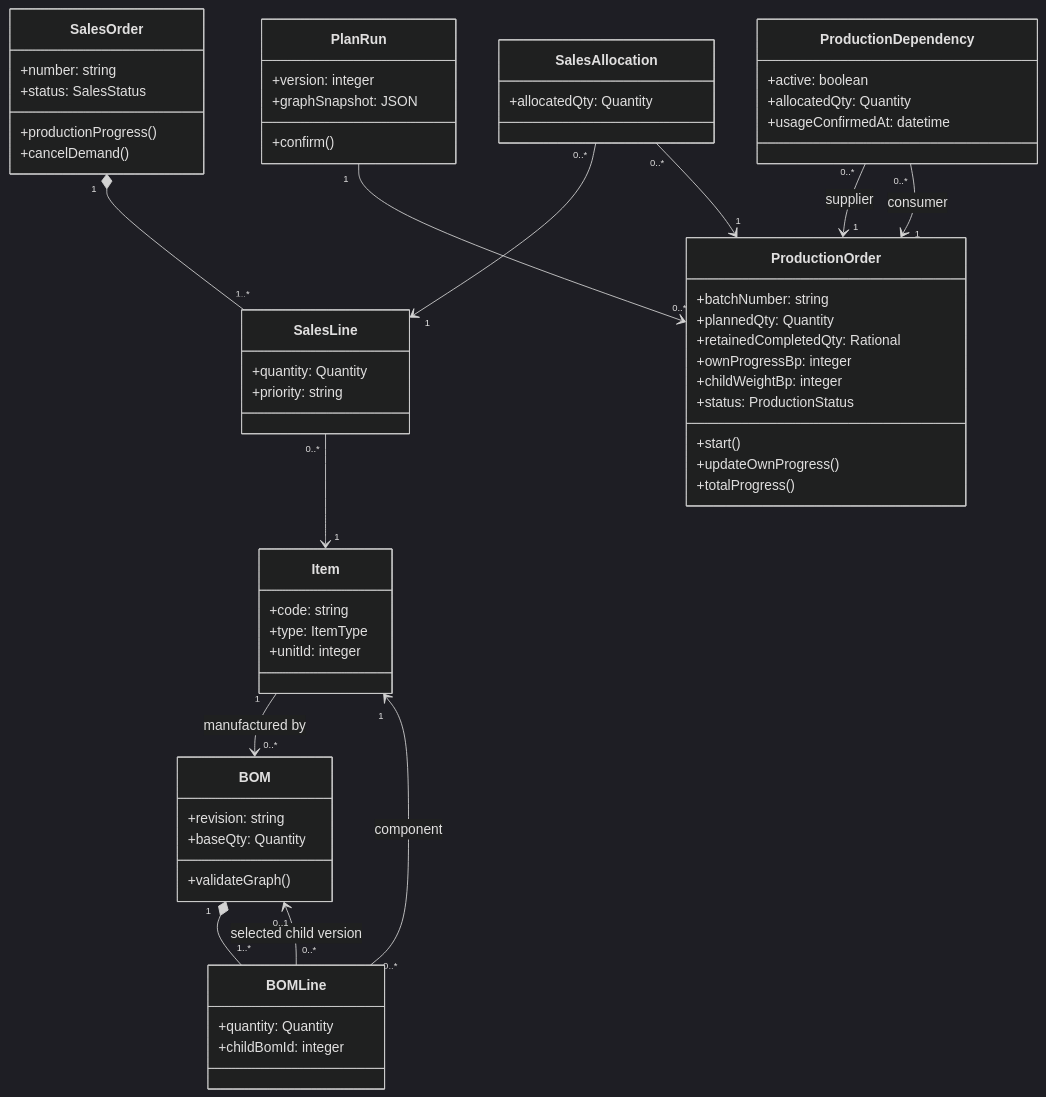
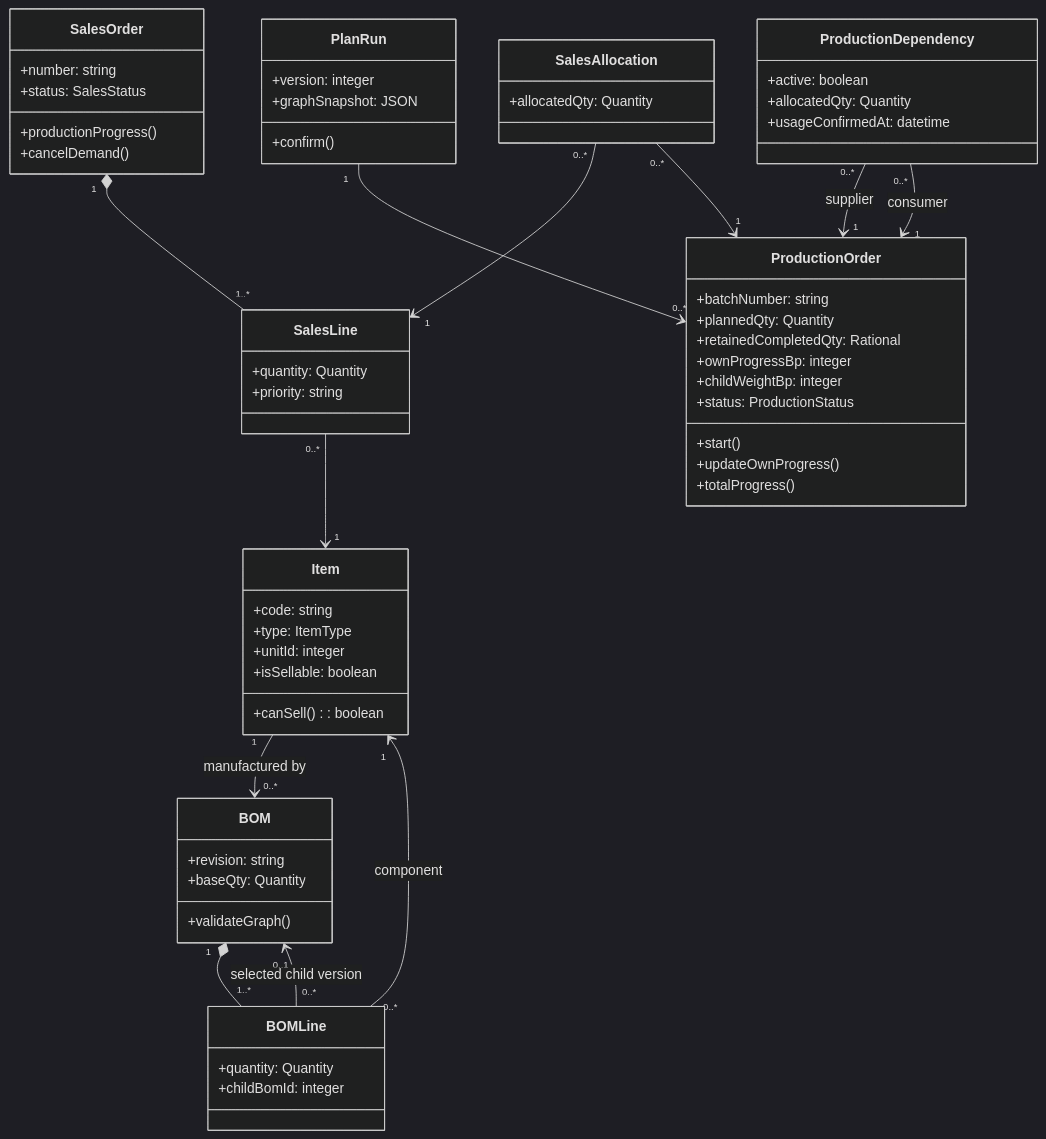
Before and after one commit to zimuwong-boop/Custom_APS: the second of 9 diagrams in Docs/05_UML.md, drawn with Mermaid (dark theme). The commit also changed other lines of this file and 24 other files, not shown here.

````diff
--- a/Docs/05_UML.md
+++ b/Docs/05_UML.md
@@ -30,62 +30,64 @@
 ```mermaid
 classDiagram
     class Item {
         +code: string
         +type: ItemType
         +unitId: integer
+        +isSellable: boolean
+        +canSell(): boolean
     }
     class BOM {
         +revision: string
         +baseQty: Quantity
         +validateGraph()
     }
     class BOMLine {
         +quantity: Quantity
         +childBomId: integer
     }
     class SalesOrder {
         +number: string
         +status: SalesStatus
         +productionProgress()
         +cancelDemand()
     }
     class SalesLine {
         +quantity: Quantity
         +priority: string
     }
     class PlanRun {
         +version: integer
         +graphSnapshot: JSON
         +confirm()
     }
     class ProductionOrder {
         +batchNumber: string
         +plannedQty: Quantity
         +retainedCompletedQty: Rational
         +ownProgressBp: integer
         +childWeightBp: integer
         +status: ProductionStatus
         +start()
         +updateOwnProgress()
         +totalProgress()
     }
     class ProductionDependency {
         +active: boolean
         +allocatedQty: Quantity
         +usageConfirmedAt: datetime
     }
     class SalesAllocation {
         +allocatedQty: Quantity
     }
     Item "1" --> "0..*" BOM : manufactured by
     BOM "1" *-- "1..*" BOMLine
     BOMLine "0..*" --> "1" Item : component
     BOMLine "0..*" --> "0..1" BOM : selected child version
     SalesOrder "1" *-- "1..*" SalesLine
     SalesLine "0..*" --> "1" Item
     PlanRun "1" --> "0..*" ProductionOrder
     ProductionDependency "0..*" --> "1" ProductionOrder : supplier
     ProductionDependency "0..*" --> "1" ProductionOrder : consumer
     SalesAllocation "0..*" --> "1" SalesLine
     SalesAllocation "0..*" --> "1" ProductionOrder
 ```
````
